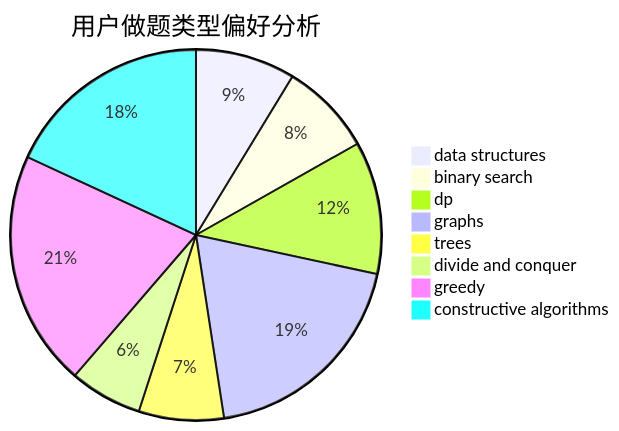
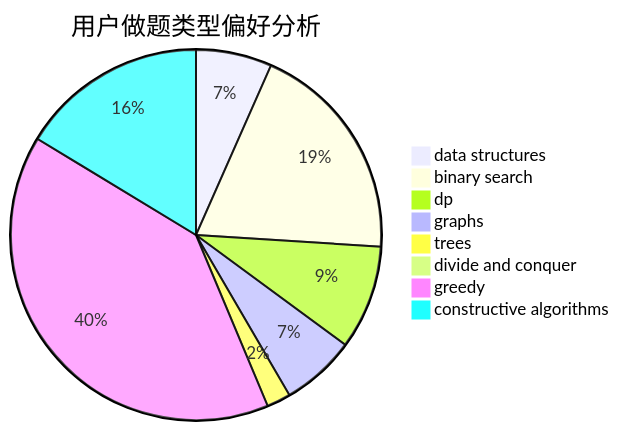
The second of 3 diagrams in docs/user/u308.md (sherpahu/cfrs.github.io), drawn with Mermaid before and after one commit. The commit also changed other lines of this file and 2770 other files, not shown here.

````diff
--- a/docs/user/u308.md
+++ b/docs/user/u308.md
@@ -23,11 +23,11 @@
 ```mermaid
 pie title 用户做题类型偏好分析
-    "data structures" :  88
-    "binary search" :  82
-    "dp" :  117
-    "graphs" :  194
-    "trees" :  75
-    "divide and conquer" :  64
-    "greedy" :  208
-    "constructive algorithms" :  183
+    "data structures" :  54
+    "binary search" :  158
+    "dp" :  74
+    "graphs" :  53
+    "trees" :  17
+    "divide and conquer" :  0
+    "greedy" :  326
+    "constructive algorithms" :  133
 ```
````
